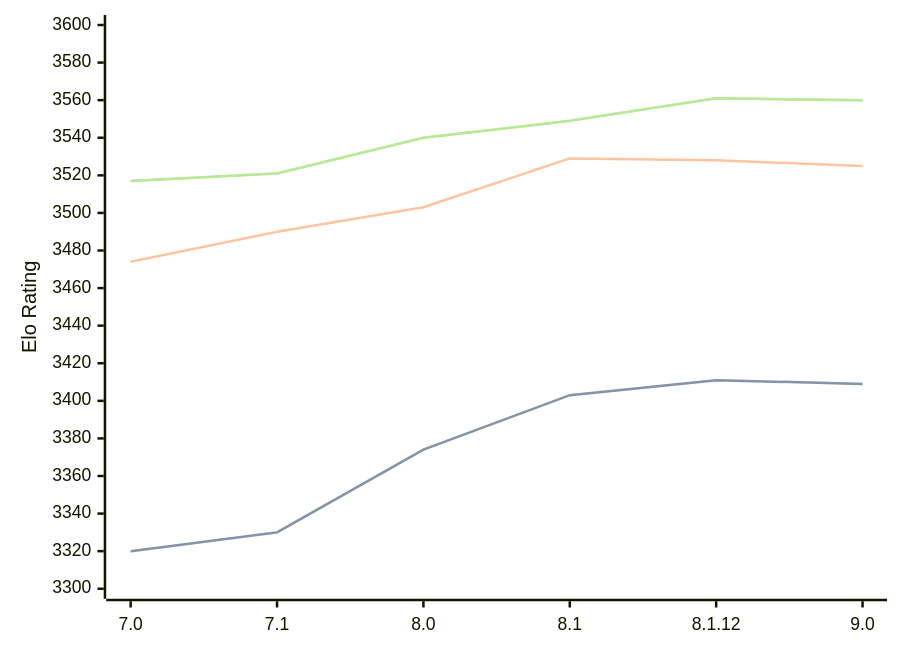
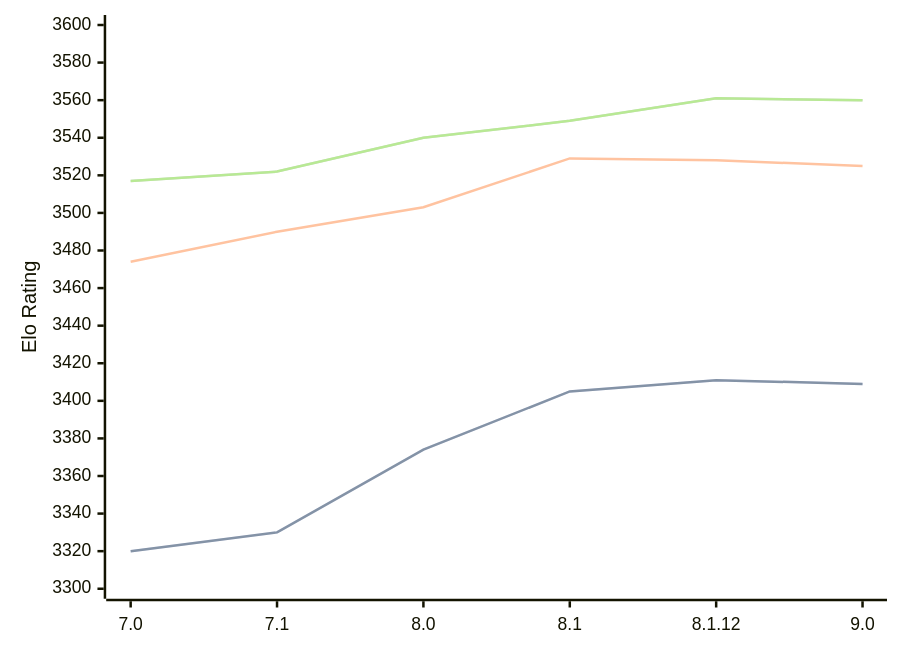
The third of 3 diagrams in engines/Alexandria.md (computer-chess-index/cci), drawn with Mermaid before and after one commit. The commit also changed other lines of this file, not shown here.

Commit message:
Update CCI Ratings (ELO VLTC) - 2026-06-18

````diff
--- a/engines/Alexandria.md
+++ b/engines/Alexandria.md
@@ -88,11 +88,11 @@
 ```mermaid
 %%{init: {"theme":"base","themeVariables":{"seriesColors:['#a3a3a3','#222221','#faa371']}}}%%
 xychart-beta
   x-axis ["7.0", "7.1", "8.0", "8.1", "8.1.12", "9.0"]
   y-axis "Elo Rating" 3300 --> 3600
-  line "STC (8.0+0.08s)" [3320, 3330, 3374, 3403, 3411, 3409]
-  line "STC (8.0+0.08s)" [3320, 3330, 3374, 3403, 3411, 3409]
+  line "STC (8.0+0.08s)" [3320, 3330, 3374, 3405, 3411, 3409]
+  line "STC (8.0+0.08s)" [3320, 3330, 3374, 3405, 3411, 3409]
   line "LTC (60.0+0.60s)" [3474, 3490, 3503, 3529, 3528, 3525]
-  line "VLTC (2m24s+1.12s)" [3517, 3521, 3540, 3549, 3561, 3560]
-  line "VLTC (2m24s+1.12s)" [3517, 3521, 3540, 3549, 3561, 3560]
+  line "VLTC (2m24s+1.12s)" [3517, 3522, 3540, 3549, 3561, 3560]
+  line "VLTC (2m24s+1.12s)" [3517, 3522, 3540, 3549, 3561, 3560]
 ```
````
